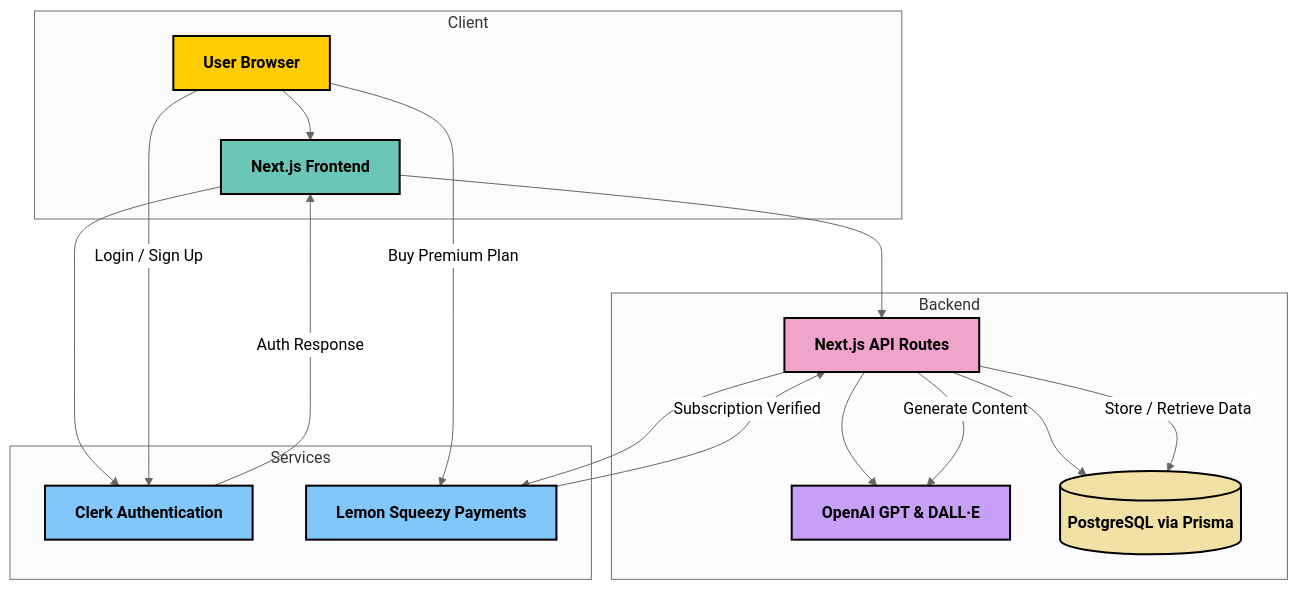
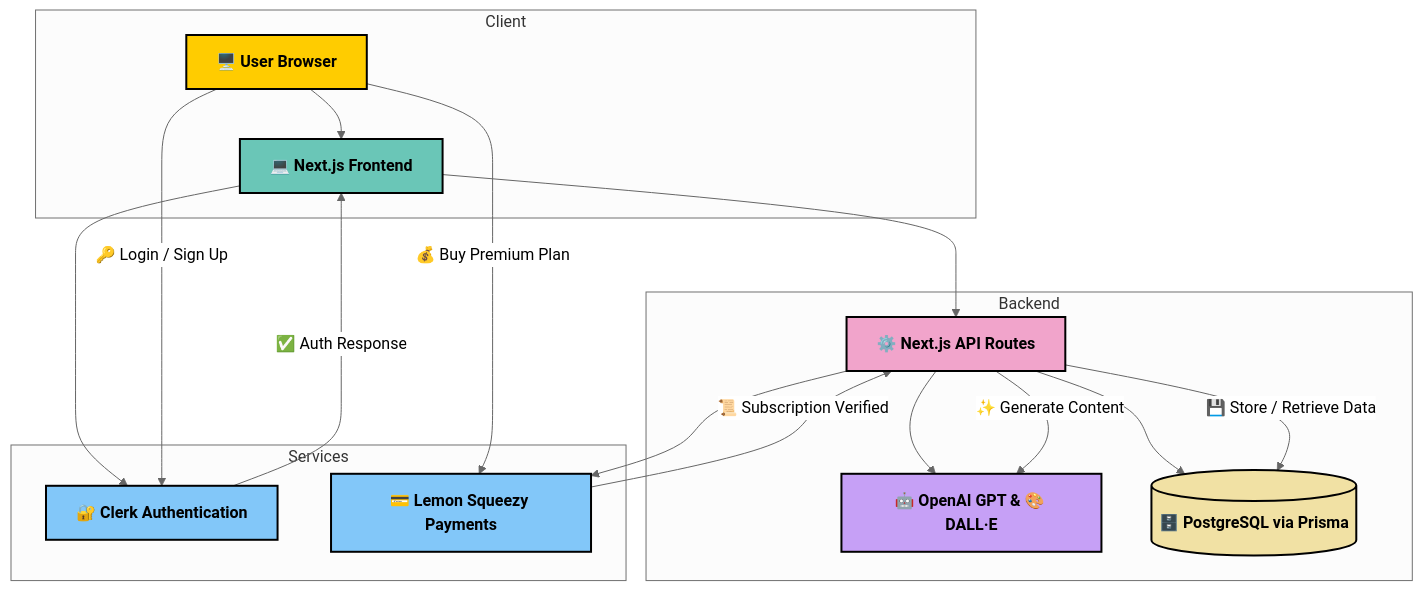
Before and after one commit to be-a-guptaji/AI-PPT-Builder: the diagram in README.md, drawn with Mermaid (neutral theme).

````diff
--- a/README.md
+++ b/README.md
@@ -315,55 +315,55 @@
 ```mermaid
 graph TD
     %% ==============================
     %% CLIENT LAYER
     %% ==============================
     subgraph Client
-    U[User Browser] --> F[Next.js Frontend]
+    U[🖥️ User Browser] --> F[💻 Next.js Frontend]
     end
 
     %% ==============================
     %% BACKEND & API LAYER
     %% ==============================
     subgraph Backend
-    F --> API[Next.js API Routes]
-    API --> AI[OpenAI GPT & DALL·E]
-    API --> DB[(PostgreSQL via Prisma)]
+    F --> API[⚙️ Next.js API Routes]
+    API --> AI[🤖 OpenAI GPT & 🎨 DALL·E]
+    API --> DB[(🗄️ PostgreSQL via Prisma)]
     end
 
     %% ==============================
     %% SERVICES LAYER
     %% ==============================
     subgraph Services
-    F --> Clerk[Clerk Authentication]
-    API --> LS[Lemon Squeezy Payments]
+    F --> Clerk[🔐 Clerk Authentication]
+    API --> LS[💳 Lemon Squeezy Payments]
     end
 
     %% ==============================
     %% FLOWS
     %% ==============================
-    U -->|Login / Sign Up| Clerk
-    Clerk -->|Auth Response| F
-    U -->|Buy Premium Plan| LS
-    LS -->|Subscription Verified| API
-    API -->|Generate Content| AI
-    API -->|Store / Retrieve Data| DB
+    U -->|🔑 Login / Sign Up| Clerk
+    Clerk -->|✅ Auth Response| F
+    U -->|💰 Buy Premium Plan| LS
+    LS -->|📜 Subscription Verified| API
+    API -->|✨ Generate Content| AI
+    API -->|💾 Store / Retrieve Data| DB
 
     %% ==============================
     %% STYLING
     %% ==============================
     classDef client fill:#6ac6b7,stroke:#000,stroke-width:2px,color:#000,font-weight:bold;
     classDef backend fill:#f1a4cb,stroke:#000,stroke-width:2px,color:#000,font-weight:bold;
     classDef services fill:#82c7f9,stroke:#000,stroke-width:2px,color:#000,font-weight:bold;
     classDef user fill:#ffcc00,stroke:#000,stroke-width:2px,color:#000,font-weight:bold;
     classDef db fill:#f1e1a4,stroke:#000,stroke-width:2px,color:#000,font-weight:bold;
     classDef ai fill:#c6a0f6,stroke:#000,stroke-width:2px,color:#000,font-weight:bold;
 
     %% Apply Classes
     class U user;
     class F client;
     class API backend;
     class DB db;
     class AI ai;
     class Clerk,LS services;
 
 ```
````
